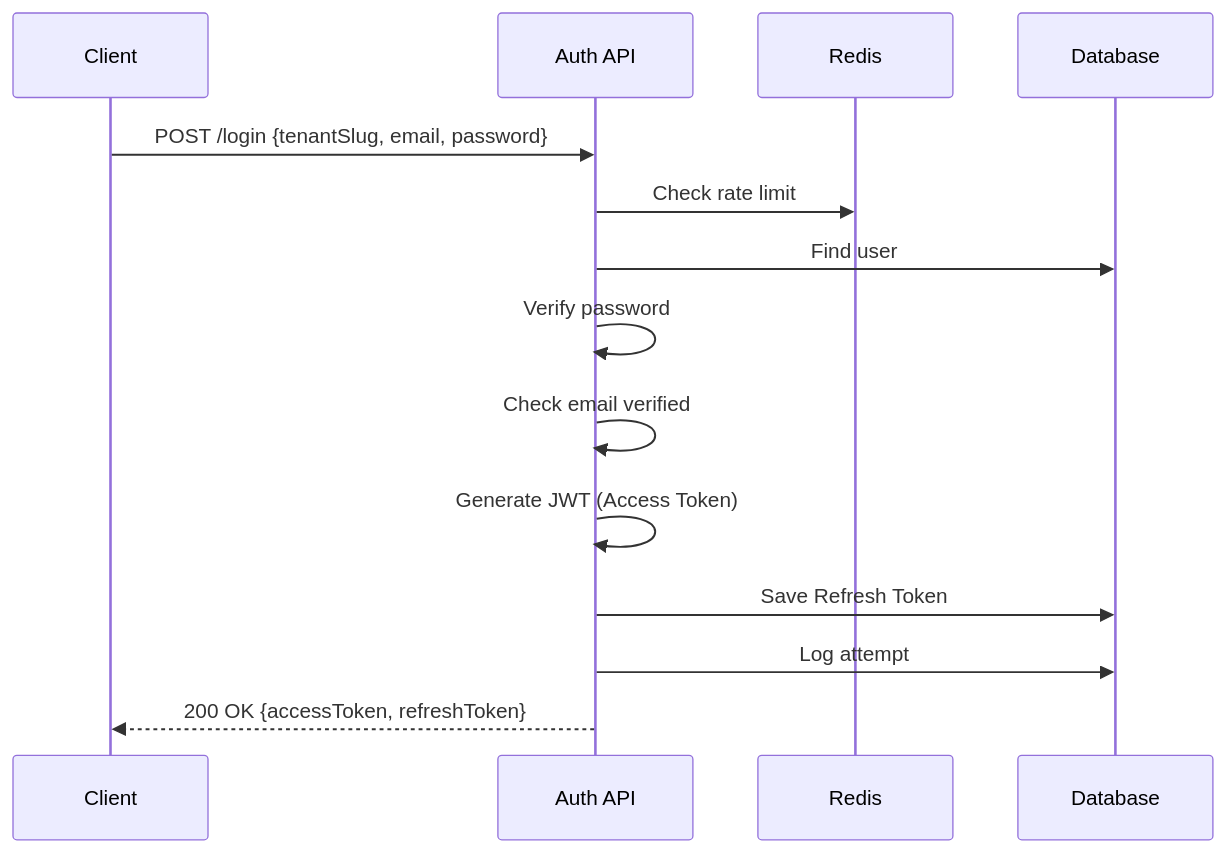
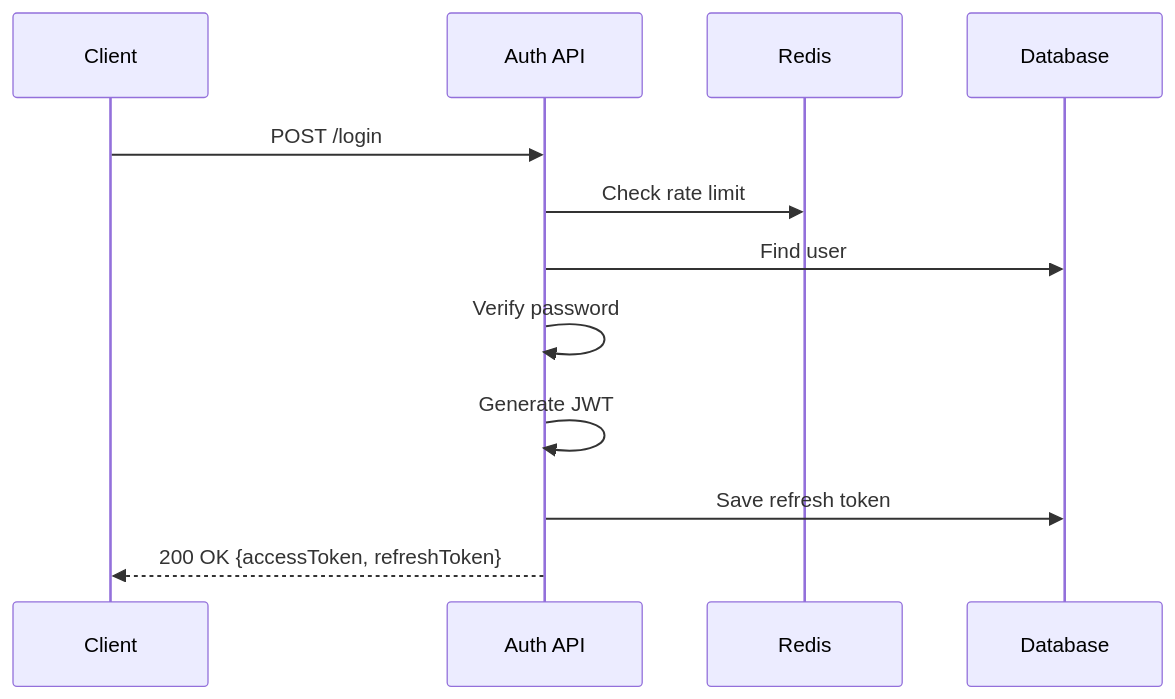
Before and after one commit to ivanhernandez-dev/auth-service: the third of 8 diagrams in README.md, drawn with Mermaid. The commit also changed other lines of this file and 1 other file, not shown here.

````diff
--- a/README.md
+++ b/README.md
@@ -128,16 +228,14 @@
 ```mermaid
 sequenceDiagram
     participant C as Client
     participant A as Auth API
     participant R as Redis
     participant DB as Database
-    C->>A: POST /login {tenantSlug, email, password}
+    C->>A: POST /login
     A->>R: Check rate limit
     A->>DB: Find user
     A->>A: Verify password
-    A->>A: Check email verified
-    A->>A: Generate JWT (Access Token)
-    A->>DB: Save Refresh Token
-    A->>DB: Log attempt
+    A->>A: Generate JWT
+    A->>DB: Save refresh token
     A-->>C: 200 OK {accessToken, refreshToken}
 ```
````
